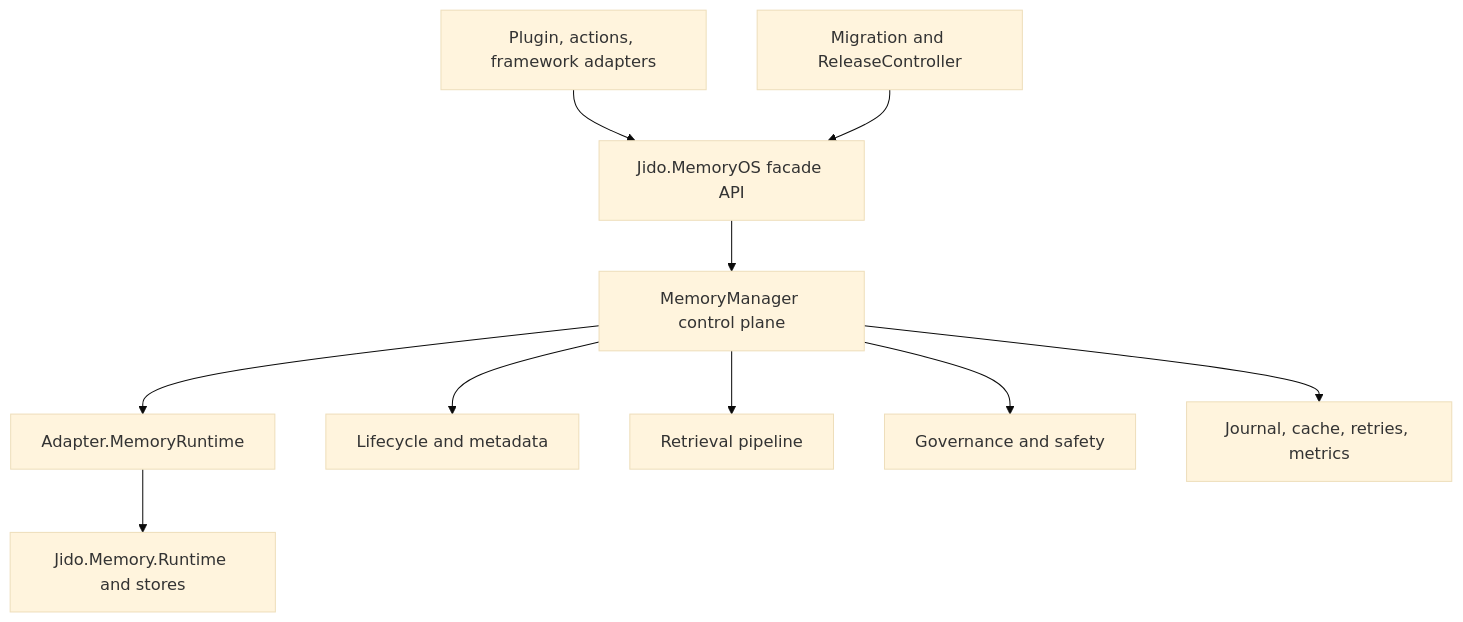
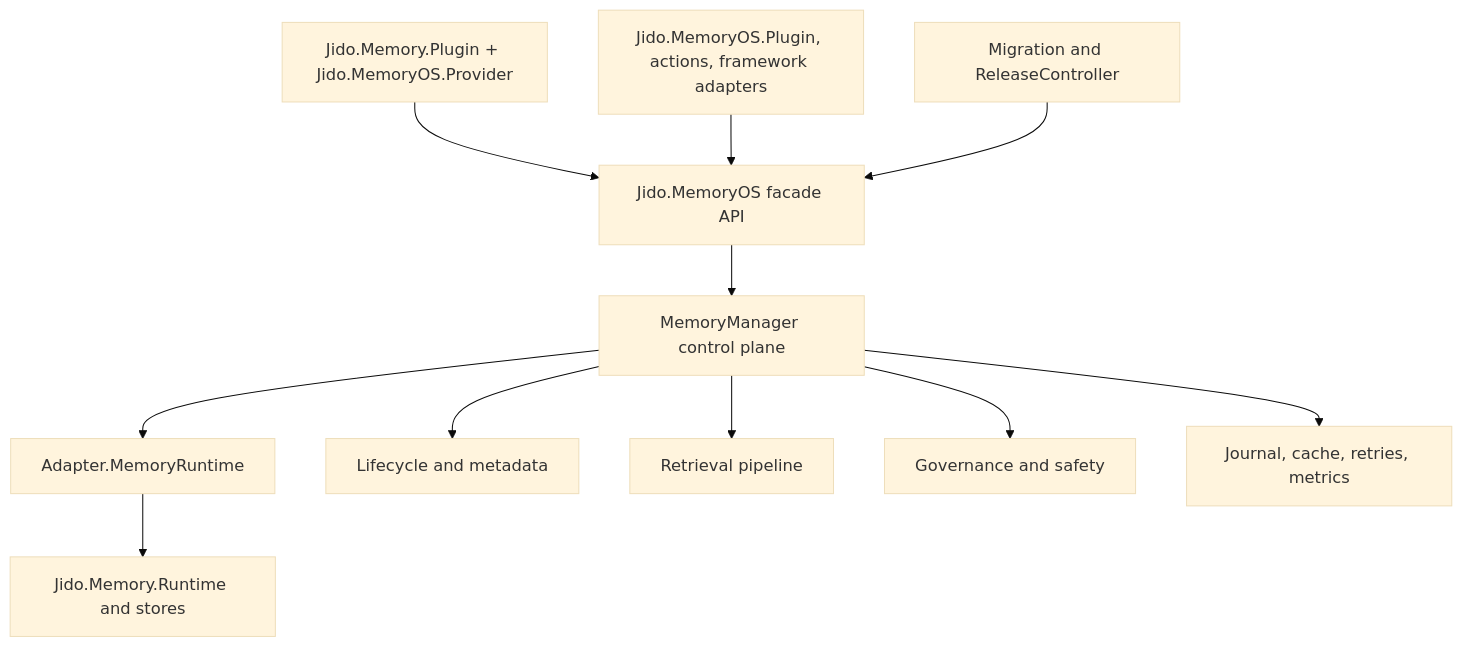
One commit to agentjido/jido_memory_os changed the diagram in README.md. Above: the diagram before and after it, drawn with Mermaid (base theme). The commit also changed other lines of this file and 6 other files, not shown here.

Commit message:
feat: add memory os provider bridge

````diff
--- a/README.md
+++ b/README.md
@@ -17,14 +17,15 @@
 ```mermaid
 flowchart TD
-    API["Jido.MemoryOS facade API"] --> MM["MemoryManager control plane"]
+    COMMON["Jido.Memory.Plugin + Jido.MemoryOS.Provider"] --> API["Jido.MemoryOS facade API"]
+    API --> MM["MemoryManager control plane"]
     MM --> RT["Adapter.MemoryRuntime"]
     RT --> STORE["Jido.Memory.Runtime and stores"]
 
     MM --> LIFE["Lifecycle and metadata"]
     MM --> RET["Retrieval pipeline"]
     MM --> GOV["Governance and safety"]
     MM --> OPS["Journal, cache, retries, metrics"]
 
-    INTEG["Plugin, actions, framework adapters"] --> API
+    INTEG["Jido.MemoryOS.Plugin, actions, framework adapters"] --> API
     ROLL["Migration and ReleaseController"] --> API
 ```
````
